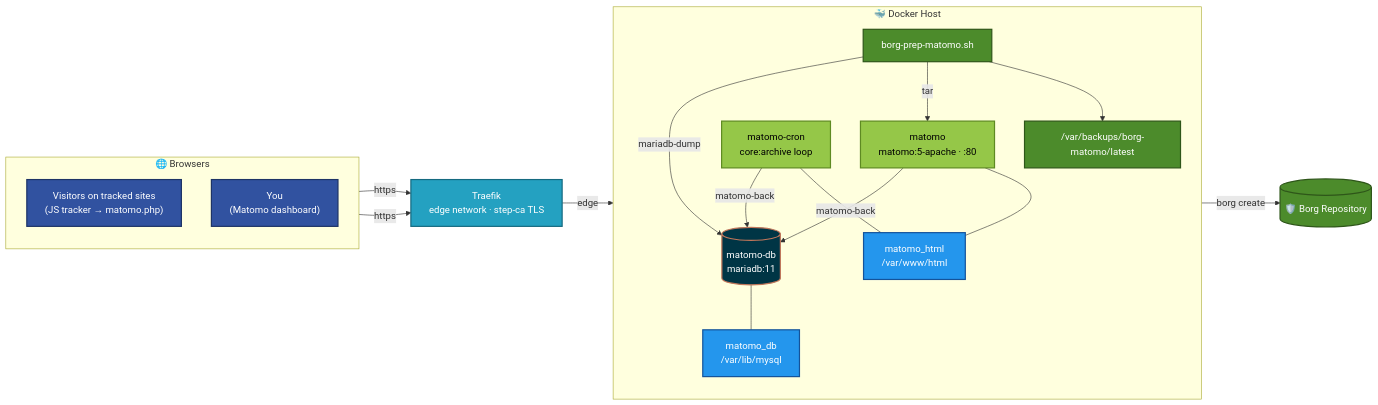
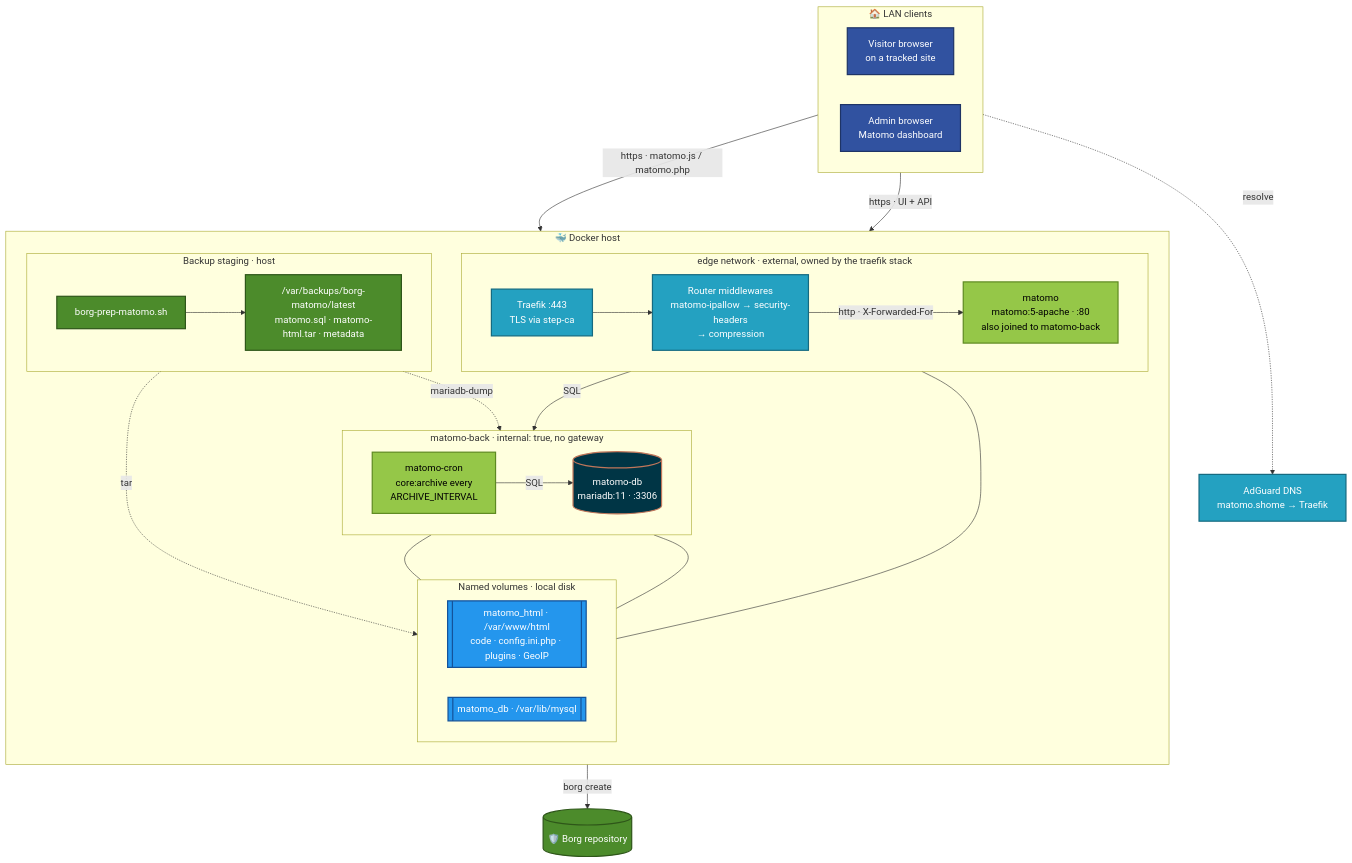
One commit to BladerunnerxRC/Docker changed the first of 3 diagrams in Matomo/README.md. Above: the diagram before and after it, drawn with Mermaid. The commit also changed other lines of this file, not shown here.

Commit message:
Update README.md to enhance architecture and data flow diagrams

````diff
--- a/Matomo/README.md
+++ b/Matomo/README.md
@@ -43,50 +47,70 @@
 ```mermaid
-flowchart LR
-    subgraph clients["🌐 Browsers"]
-        direction TB
-        V["Visitors on tracked sites<br/>(JS tracker → matomo.php)"]
-        A["You<br/>(Matomo dashboard)"]
+flowchart TB
+    subgraph lan["🏠 LAN clients"]
+        direction LR
+        V["Visitor browser<br/>on a tracked site"]
+        A["Admin browser<br/>Matomo dashboard"]
     end
 
-    T["Traefik<br/>edge network · step-ca TLS"]
+    DNS["AdGuard DNS<br/>matomo.shome → Traefik"]
 
-    subgraph host["🐳 Docker Host"]
+    subgraph host["🐳 Docker host"]
         direction TB
-        APP["matomo<br/>matomo:5-apache · :80"]
-        CRON["matomo-cron<br/>core:archive loop"]
-        DB[("matomo-db<br/>mariadb:11")]
-        HTML["matomo_html<br/>/var/www/html"]
-        DBV["matomo_db<br/>/var/lib/mysql"]
-        HOOK["borg-prep-matomo.sh"]
-        STAGE["/var/backups/borg-matomo/latest"]
+
+        subgraph edgeNet["edge network · external, owned by the traefik stack"]
+            direction LR
+            T["Traefik :443<br/>TLS via step-ca"]
+            MW["Router middlewares<br/>matomo-ipallow → security-headers<br/>→ compression"]
+            APP["matomo<br/>matomo:5-apache · :80<br/>also joined to matomo-back"]
+        end
+
+        subgraph back["matomo-back · internal: true, no gateway"]
+            direction LR
+            CRON["matomo-cron<br/>core:archive every<br/>ARCHIVE_INTERVAL"]
+            DB[("matomo-db<br/>mariadb:11 · :3306")]
+        end
+
+        subgraph vols["Named volumes · local disk"]
+            direction LR
+            HTML[["matomo_html · /var/www/html<br/>code · config.ini.php · plugins · GeoIP"]]
+            DBV[["matomo_db · /var/lib/mysql"]]
+        end
+
+        subgraph bk["Backup staging · host"]
+            direction LR
+            HOOK["borg-prep-matomo.sh"]
+            STAGE["/var/backups/borg-matomo/latest<br/>matomo.sql · matomo-html.tar · metadata"]
+        end
     end
 
-    REPO[("🛡️ Borg Repository")]
+    REPO[("🛡️ Borg repository")]
 
-    V -->|https| T
-    A -->|https| T
-    T -->|edge| APP
-    APP -->|matomo-back| DB
-    CRON -->|matomo-back| DB
+    lan -. "resolve" .-> DNS
+    V -->|"https · matomo.js / matomo.php"| T
+    A -->|"https · UI + API"| T
+    T --> MW
+    MW -->|"http · X-Forwarded-For"| APP
+    APP -->|SQL| DB
+    CRON -->|SQL| DB
     APP --- HTML
     CRON --- HTML
     DB --- DBV
-    HOOK -->|mariadb-dump| DB
-    HOOK -->|tar| APP
+    HOOK -. "mariadb-dump" .-> DB
+    HOOK -. "tar" .-> HTML
     HOOK --> STAGE
-    STAGE -->|borg create| REPO
+    STAGE -->|"borg create"| REPO
 
     classDef client fill:#3152A0,stroke:#1E3466,stroke-width:2px,color:#fff
     classDef app fill:#95C748,stroke:#5E8A22,stroke-width:2px,color:#000
     classDef database fill:#003545,stroke:#C0765A,stroke-width:2px,color:#fff
     classDef storage fill:#2496ED,stroke:#14539A,stroke-width:2px,color:#fff
     classDef backup fill:#4C8B2B,stroke:#2E5619,stroke-width:2px,color:#fff
     classDef proxy fill:#24A1C1,stroke:#156A80,stroke-width:2px,color:#fff
 
     class V,A client
     class APP,CRON app
     class DB database
     class HTML,DBV storage
     class HOOK,STAGE,REPO backup
-    class T proxy
+    class T,MW,DNS proxy
 ```
````
